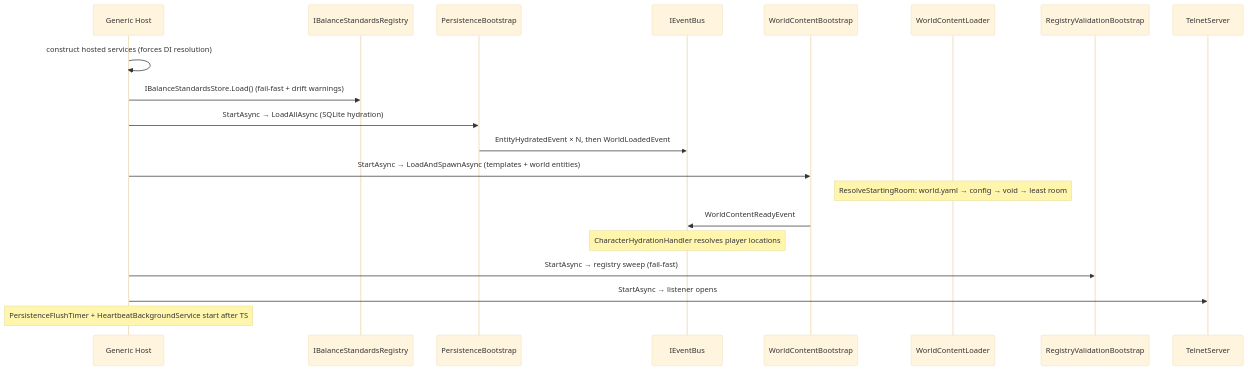
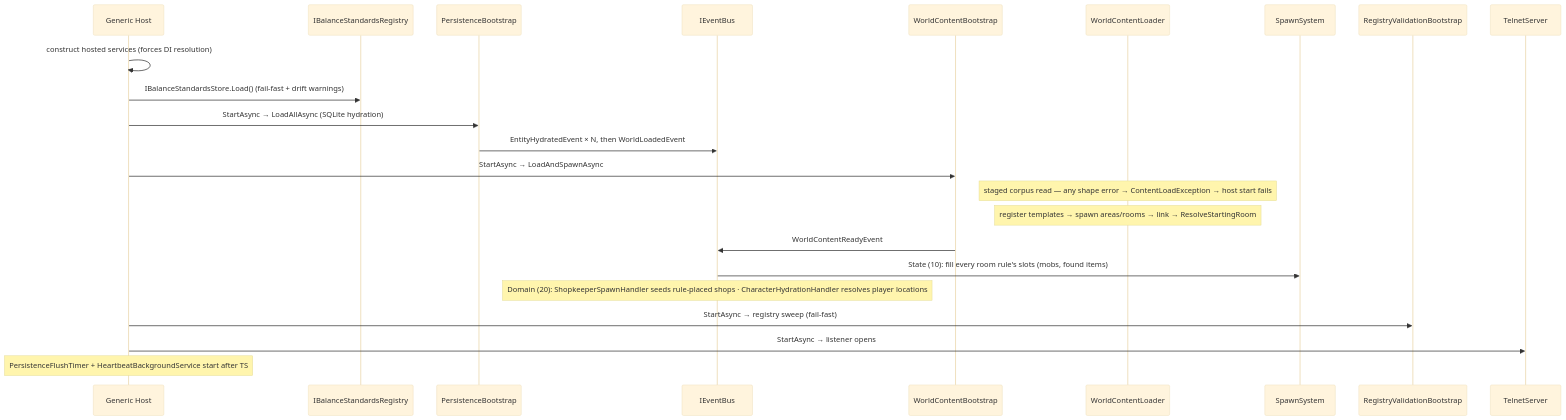
The diagram in docs/architecture/flows/flow-01-server-startup.md (dmbyer/Hedron), drawn with Mermaid (base theme) before and after one commit. The commit also changed other lines of this file and 126 other files, not shown here.

````diff
--- a/docs/architecture/flows/flow-01-server-startup.md
+++ b/docs/architecture/flows/flow-01-server-startup.md
@@ -9,23 +9,26 @@
 ```mermaid
 sequenceDiagram
     participant Host as Generic Host
     participant BSR as IBalanceStandardsRegistry
     participant PB as PersistenceBootstrap
     participant Bus as IEventBus
     participant WCB as WorldContentBootstrap
     participant WCL as WorldContentLoader
+    participant Spawn as SpawnSystem
     participant RVB as RegistryValidationBootstrap
     participant TS as TelnetServer
 
     Host->>Host: construct hosted services (forces DI resolution)
     Host->>BSR: IBalanceStandardsStore.Load() (fail-fast + drift warnings)
     Host->>PB: StartAsync → LoadAllAsync (SQLite hydration)
     PB->>Bus: EntityHydratedEvent × N, then WorldLoadedEvent
-    Host->>WCB: StartAsync → LoadAndSpawnAsync (templates + world entities)
-    Note over WCL: ResolveStartingRoom: world.yaml → config → void → least room
+    Host->>WCB: StartAsync → LoadAndSpawnAsync
+    Note over WCL: staged corpus read — any shape error → ContentLoadException → host start fails
+    Note over WCL: register templates → spawn areas/rooms → link → ResolveStartingRoom
     WCB->>Bus: WorldContentReadyEvent
-    Note over Bus: CharacterHydrationHandler resolves player locations
+    Bus->>Spawn: State (10): fill every room rule's slots (mobs, found items)
+    Note over Bus: Domain (20): ShopkeeperSpawnHandler seeds rule-placed shops · CharacterHydrationHandler resolves player locations
     Host->>RVB: StartAsync → registry sweep (fail-fast)
     Host->>TS: StartAsync → listener opens
     Note over Host: PersistenceFlushTimer + HeartbeatBackgroundService start after TS
 ```
````
